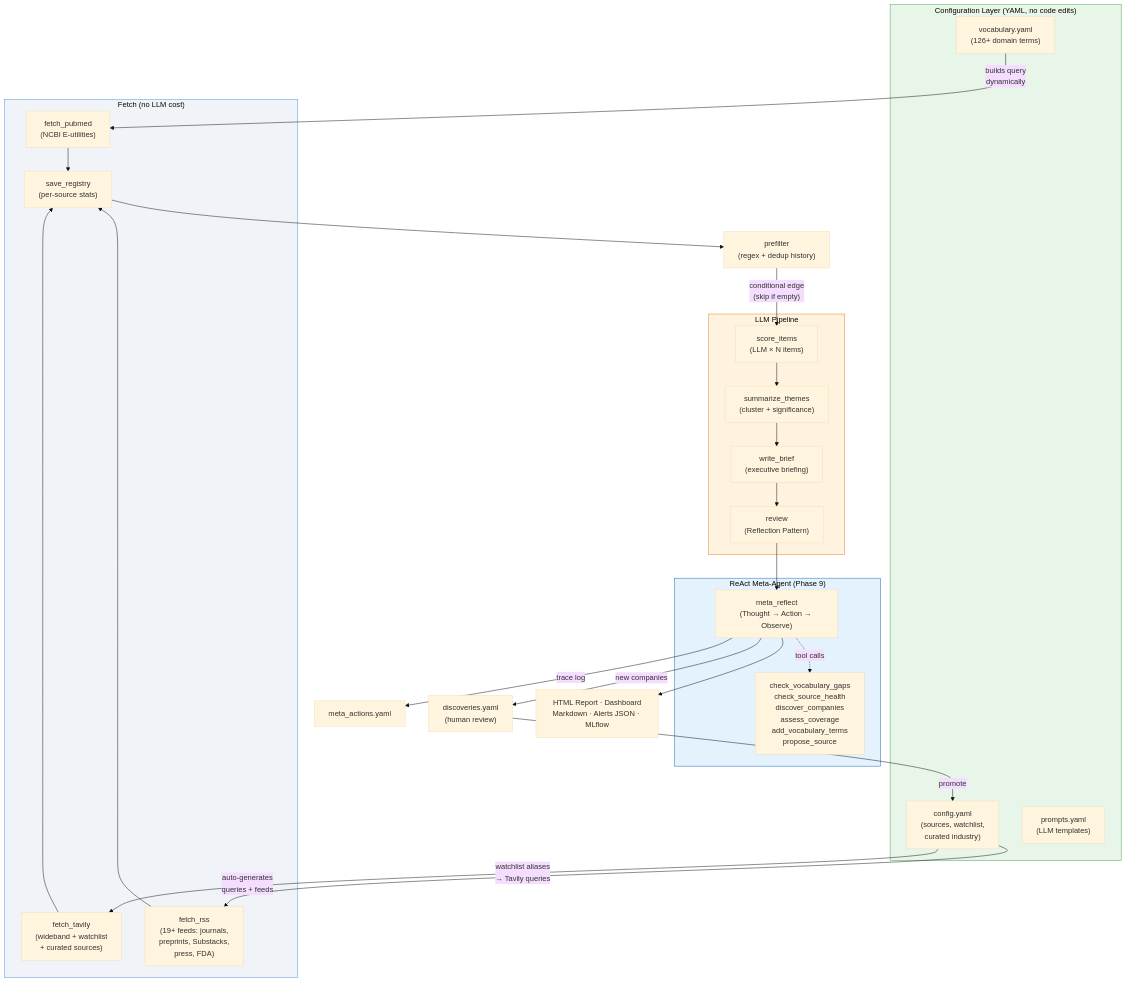
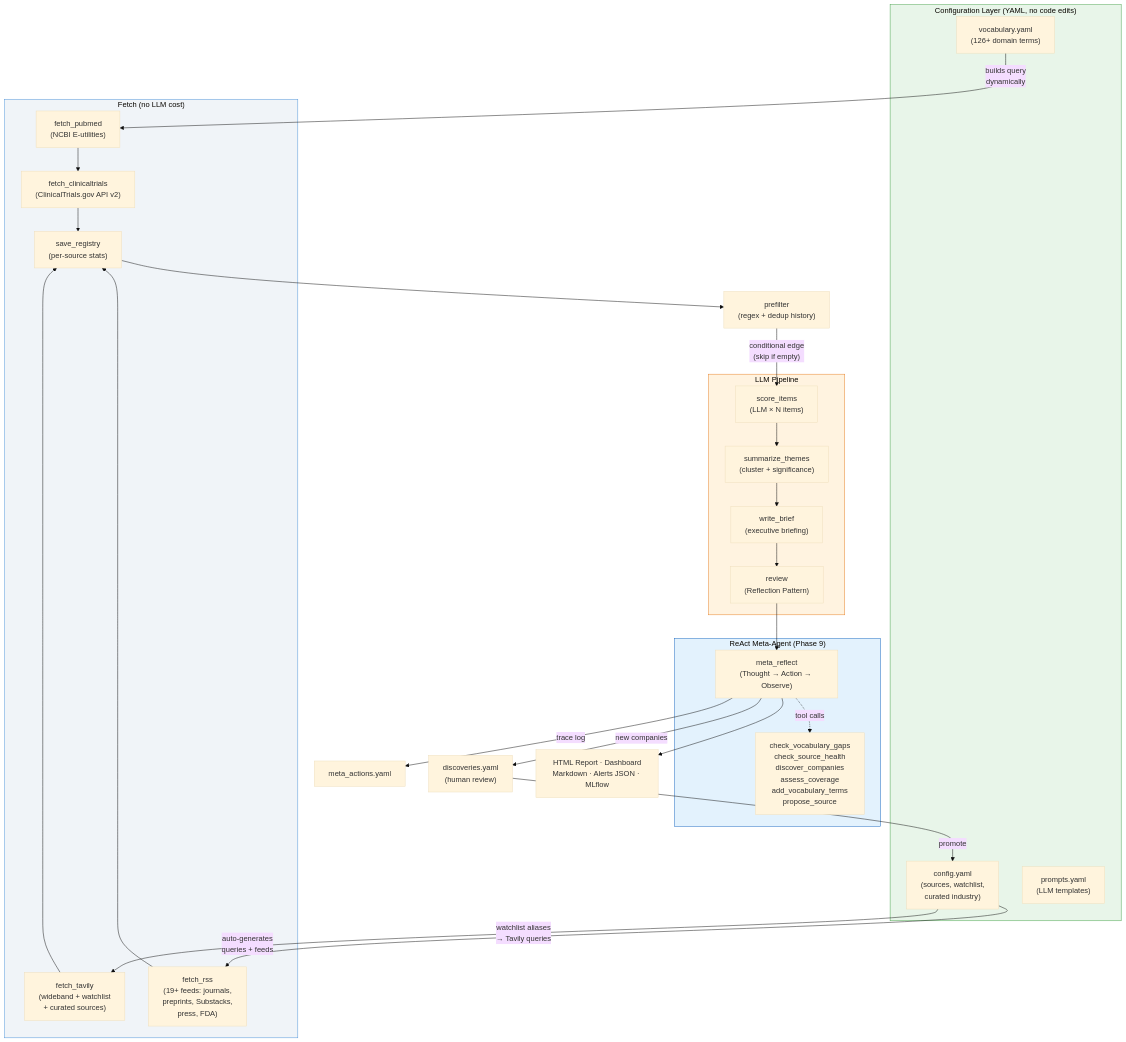
Before and after one commit to kgrajski/neurotech_newshound: the first of 2 diagrams in README.md, drawn with Mermaid (base theme). The commit also changed other lines of this file, not shown here.

````diff
--- a/README.md
+++ b/README.md
@@ -61,45 +61,46 @@
 ```mermaid
 flowchart TD
     subgraph config ["Configuration Layer (YAML, no code edits)"]
         V["vocabulary.yaml<br>(126+ domain terms)"]
         W["config.yaml<br>(sources, watchlist,<br>curated industry)"]
         P["prompts.yaml<br>(LLM templates)"]
     end
 
     V -->|"builds query<br>dynamically"| A
     W -->|"auto-generates<br>queries + feeds"| B
     W -->|"watchlist aliases<br>→ Tavily queries"| C
 
     subgraph fetch ["Fetch (no LLM cost)"]
-        A["fetch_pubmed<br>(NCBI E-utilities)"] --> D["save_registry<br>(per-source stats)"]
+        A["fetch_pubmed<br>(NCBI E-utilities)"] --> CT["fetch_clinicaltrials<br>(ClinicalTrials.gov API v2)"]
+        CT --> D["save_registry<br>(per-source stats)"]
         B["fetch_rss<br>(19+ feeds: journals,<br>preprints, Substacks,<br>press, FDA)"] --> D
         C["fetch_tavily<br>(wideband + watchlist<br>+ curated sources)"] --> D
     end
 
     D --> E["prefilter<br>(regex + dedup history)"]
 
     E -->|"conditional edge<br>(skip if empty)"| F
 
     subgraph llm ["LLM Pipeline"]
         F["score_items<br>(LLM × N items)"] --> G["summarize_themes<br>(cluster + significance)"]
         G --> H["write_brief<br>(executive briefing)"]
         H --> I["review<br>(Reflection Pattern)"]
     end
 
     I --> M
 
     subgraph react ["ReAct Meta-Agent (Phase 9)"]
         M["meta_reflect<br>(Thought → Action → Observe)"]
         M -.->|"tool calls"| MT["check_vocabulary_gaps<br>check_source_health<br>discover_companies<br>assess_coverage<br>add_vocabulary_terms<br>propose_source"]
     end
 
     M --> J["HTML Report · Dashboard<br>Markdown · Alerts JSON · MLflow"]
     M -->|"new companies"| K["discoveries.yaml<br>(human review)"]
     M -->|"trace log"| MA["meta_actions.yaml"]
     K -->|"promote"| W
 
     style config fill:#e8f5e9,stroke:#43a047
     style fetch fill:#f0f4f8,stroke:#4a90d9
     style llm fill:#fff3e0,stroke:#e67e22
     style react fill:#e3f2fd,stroke:#1565c0
 ```
````
